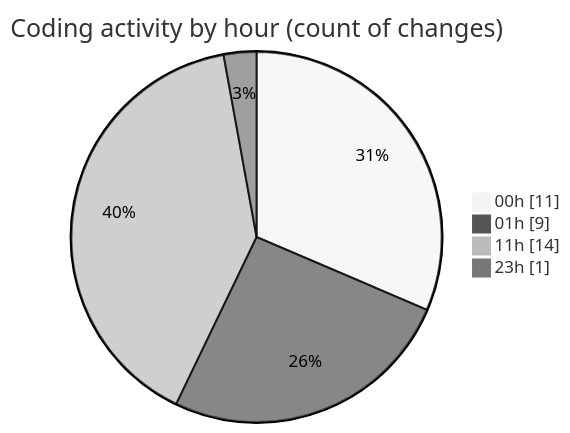
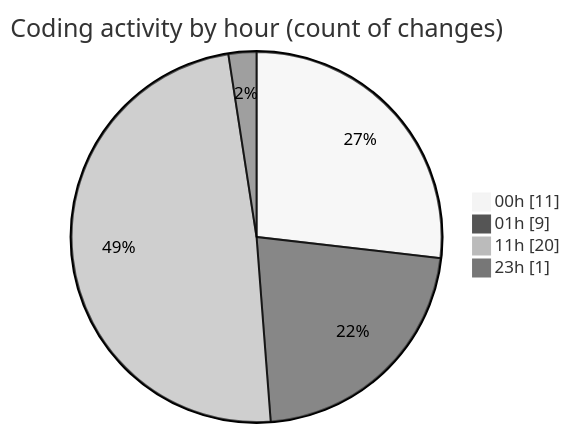
One commit to lephambinh05/code-tracking changed the second of 2 diagrams in 2025-07-18/nhahang/README.md. Above: the diagram before and after it, drawn with Mermaid (neutral theme). The commit also changed other lines of this file and 1 other file, not shown here.

````diff
--- a/2025-07-18/nhahang/README.md
+++ b/2025-07-18/nhahang/README.md
@@ -47,8 +47,8 @@
 ```mermaid
 pie showData
 title Coding activity by hour (count of changes)
 "00h" : 11
 "01h" : 9
-"11h" : 14
+"11h" : 20
 "23h" : 1
 ```
````
